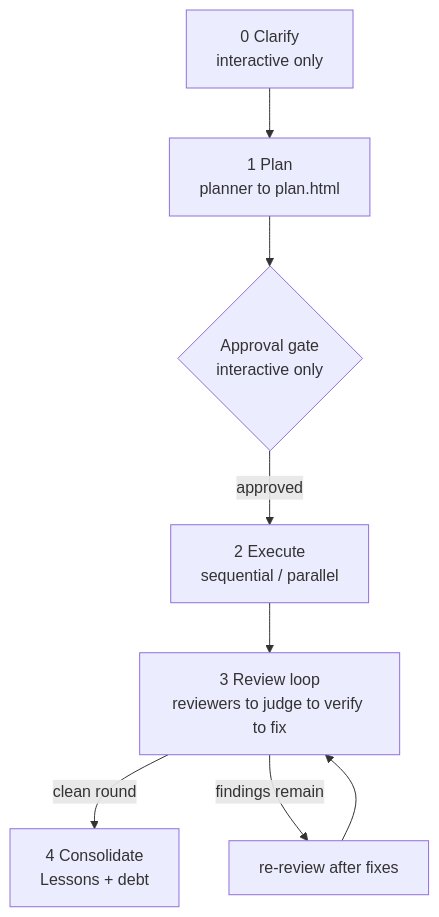
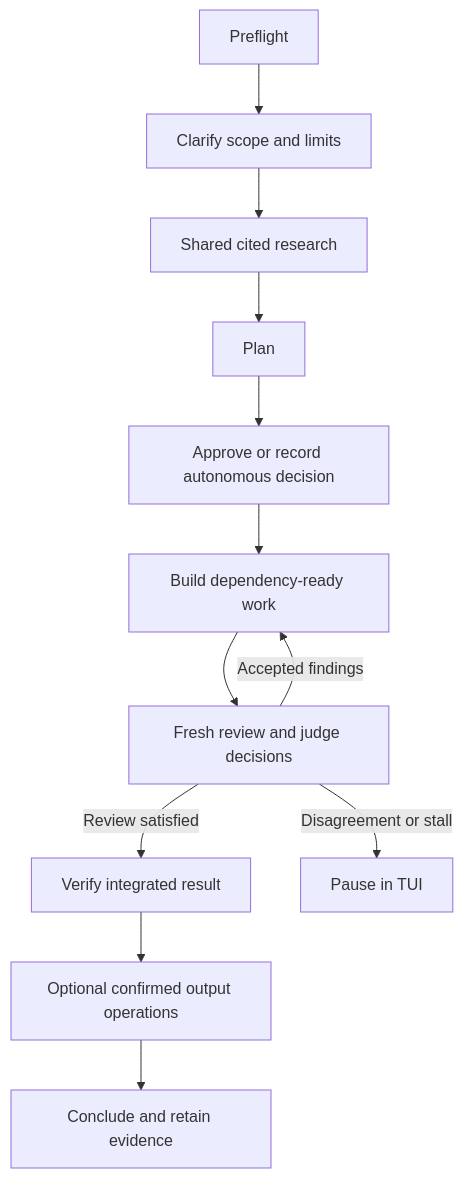
The diagram in docs/pipeline/how-it-works.md (mgpai22/supership), drawn with Mermaid before and after one commit. The commit also changed other lines of this file and 87 other files, not shown here.

````diff
--- a/docs/pipeline/how-it-works.md
+++ b/docs/pipeline/how-it-works.md
@@ -11,10 +13,14 @@
 ```mermaid
 flowchart TD
-    C[0 Clarify<br/>interactive only] --> P[1 Plan<br/>planner to plan.html]
-    P --> G{Approval gate<br/>interactive only}
-    G -->|approved| E[2 Execute<br/>sequential / parallel]
-    E --> R[3 Review loop<br/>reviewers to judge to verify to fix]
-    R -->|clean round| K[4 Consolidate<br/>Lessons + debt]
-    R -->|findings remain| E2[re-review after fixes]
-    E2 --> R
+  A[Preflight] --> B[Clarify scope and limits]
+  B --> C[Shared cited research]
+  C --> D[Plan]
+  D --> E[Approve or record autonomous decision]
+  E --> F[Build dependency-ready work]
+  F --> G[Fresh review and judge decisions]
+  G -->|Accepted findings| F
+  G -->|Review satisfied| H[Verify integrated result]
+  H --> I[Optional confirmed output operations]
+  I --> J[Conclude and retain evidence]
+  G -->|Disagreement or stall| P[Pause in TUI]
 ```
````
